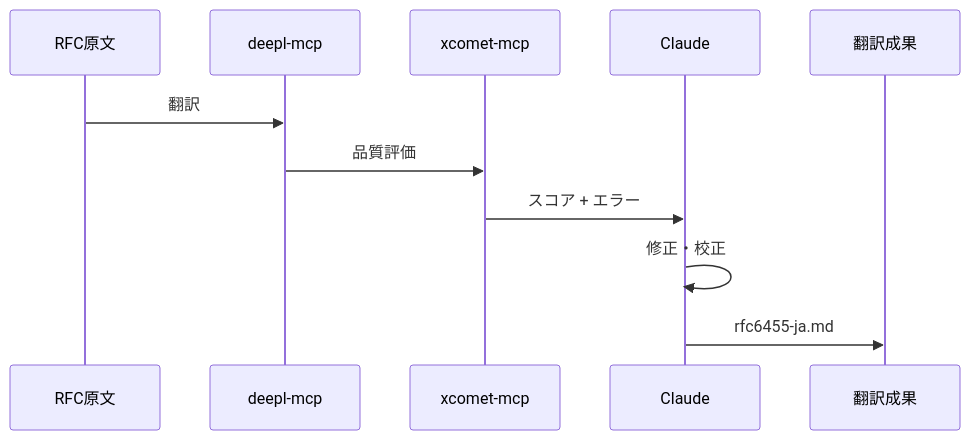
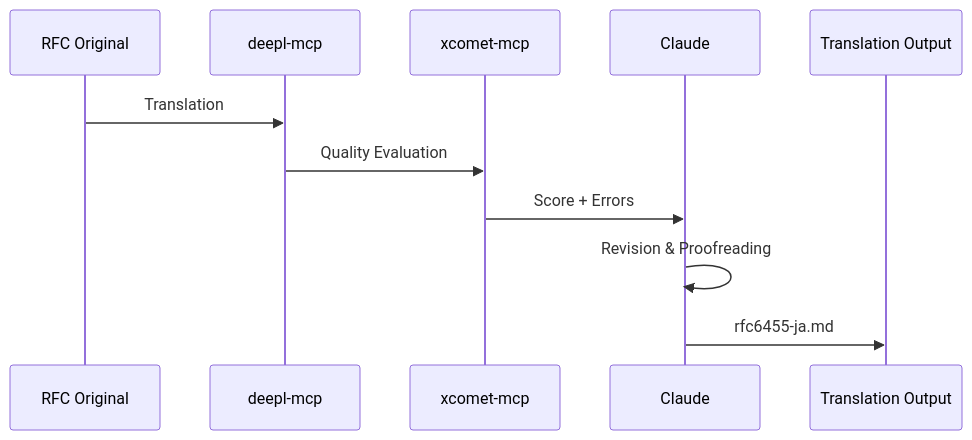
Before and after one commit to shuji-bonji/ai-agent-architecture: the second of 3 diagrams in docs/outputs.md, drawn with Mermaid. The commit also changed other lines of this file and 42 other files, not shown here.

````diff
--- a/docs/outputs.md
+++ b/docs/outputs.md
@@ -154,14 +156,14 @@
 ```mermaid
 sequenceDiagram
-    participant RFC as RFC原文
+    participant RFC as RFC Original
     participant DeepL as deepl-mcp
     participant xCOMET as xcomet-mcp
     participant Claude as Claude
-    participant Output as 翻訳成果
+    participant Output as Translation Output
 
-    RFC->>DeepL: 翻訳
-    DeepL->>xCOMET: 品質評価
-    xCOMET->>Claude: スコア + エラー
-    Claude->>Claude: 修正・校正
+    RFC->>DeepL: Translation
+    DeepL->>xCOMET: Quality Evaluation
+    xCOMET->>Claude: Score + Errors
+    Claude->>Claude: Revision & Proofreading
     Claude->>Output: rfc6455-ja.md
 ```
````
